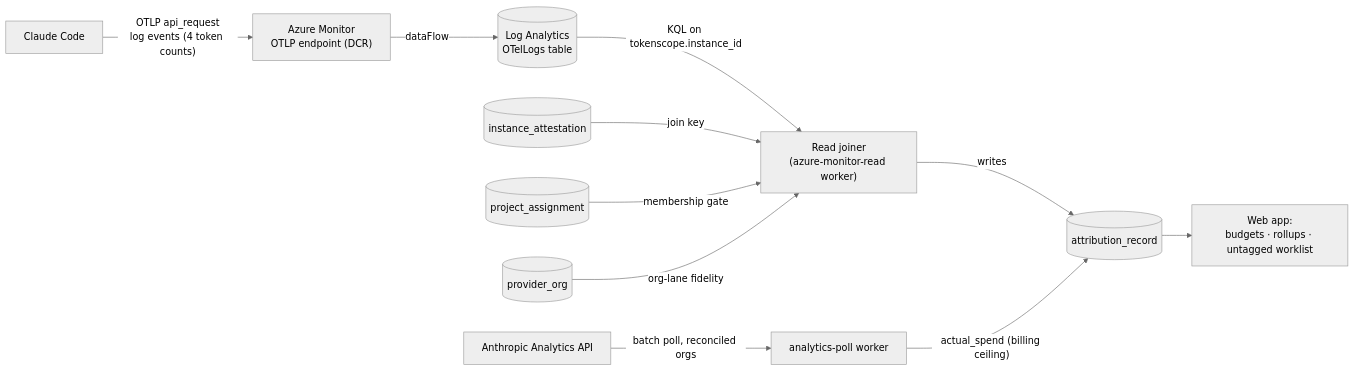
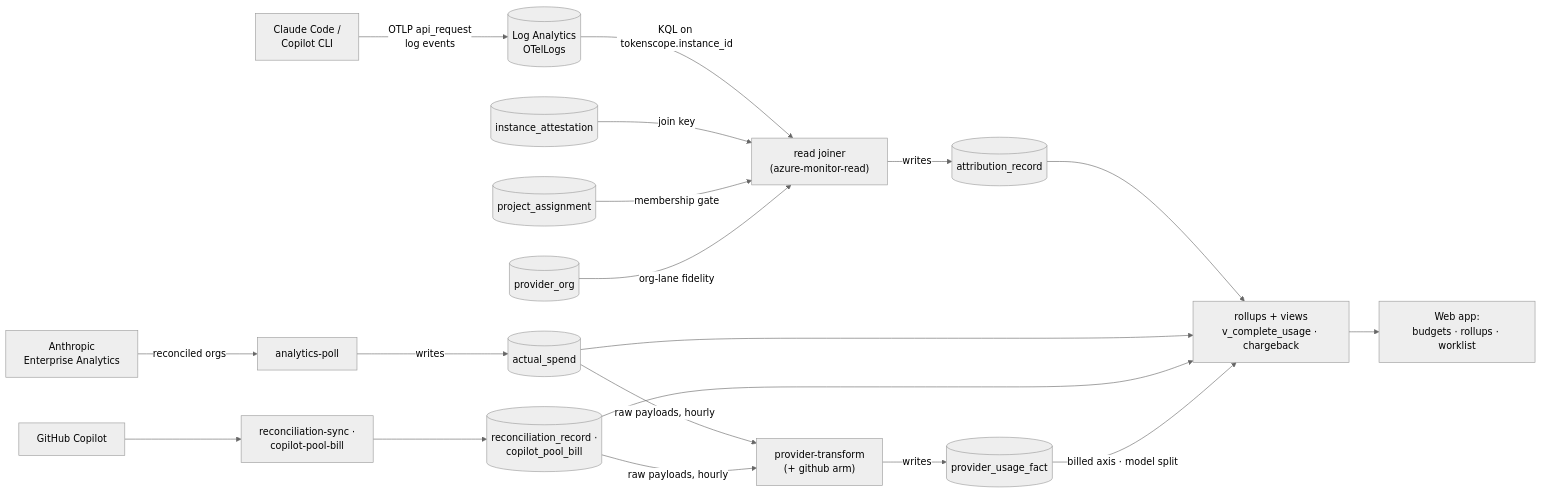
The second of 3 diagrams in docs/wiki/Architecture.md (Insight-Services-APAC/tokenscope-public), drawn with Mermaid (neutral theme) before and after one commit. The commit also changed other lines of this file and 1060 other files, not shown here.

Commit message:
release: sync from internal main 77587a75 — reporting corrections, snapshot governance, identity resolution, OTLP forwarder shim, wiki deep-dives

````diff
--- a/docs/wiki/Architecture.md
+++ b/docs/wiki/Architecture.md
@@ -79,16 +91,24 @@
 ```mermaid
 flowchart LR
-    CC["Claude Code"] -->|"OTLP api_request<br/>log events (4 token counts)"| OTLP["Azure Monitor<br/>OTLP endpoint (DCR)"]
-    OTLP -->|dataFlow| LAW[("Log Analytics<br/>OTelLogs table")]
-    LAW -->|"KQL on tokenscope.instance_id"| RJ["Read joiner<br/>(azure-monitor-read worker)"]
+    CC["Claude Code /<br/>Copilot CLI"] -->|"OTLP api_request<br/>log events"| LAW[("Log Analytics<br/>OTelLogs")]
+    LAW -->|"KQL on tokenscope.instance_id"| RJ["read joiner<br/>(azure-monitor-read)"]
 
     SA[("instance_attestation")] -->|join key| RJ
     PA[("project_assignment")] -->|membership gate| RJ
     PO[("provider_org")] -->|org-lane fidelity| RJ
 
     RJ -->|writes| AR[("attribution_record")]
-    AR --> WEB["Web app:<br/>budgets · rollups · untagged worklist"]
 
-    ANT["Anthropic Analytics API"] -->|batch poll, reconciled orgs| AP["analytics-poll worker"]
-    AP -->|"actual_spend (billing ceiling)"| AR
+    ANT["Anthropic<br/>Enterprise Analytics"] -->|"reconciled orgs"| AP["analytics-poll"]
+    AP -->|writes| AS[("actual_spend")]
+
+    GH["GitHub Copilot"] --> RS["reconciliation-sync ·<br/>copilot-pool-bill"]
+    RS --> RR[("reconciliation_record ·<br/>copilot_pool_bill")]
+
+    AS & RR -->|"raw payloads, hourly"| PT["provider-transform<br/>(+ github arm)"]
+    PT -->|writes| PUF[("provider_usage_fact")]
+
+    AR & AS & RR --> AGG["rollups + views<br/>v_complete_usage · chargeback"]
+    PUF -->|"billed axis · model split"| AGG
+    AGG --> WEB["Web app:<br/>budgets · rollups · worklist"]
 ```
````
